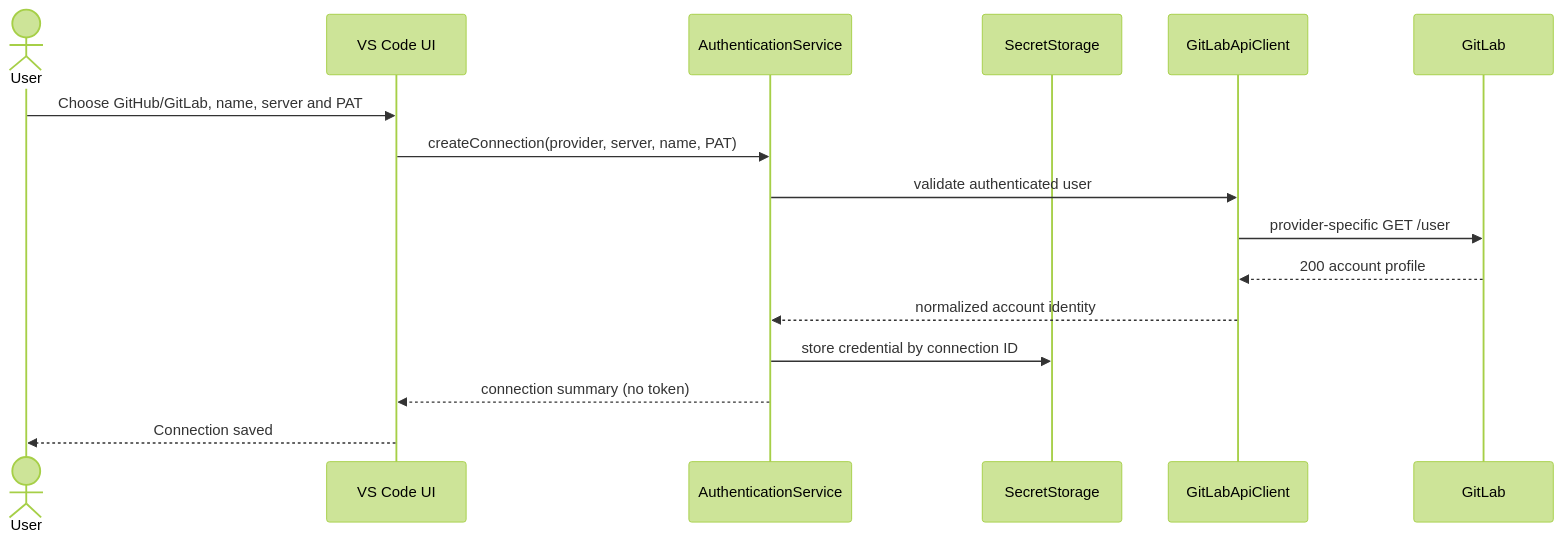
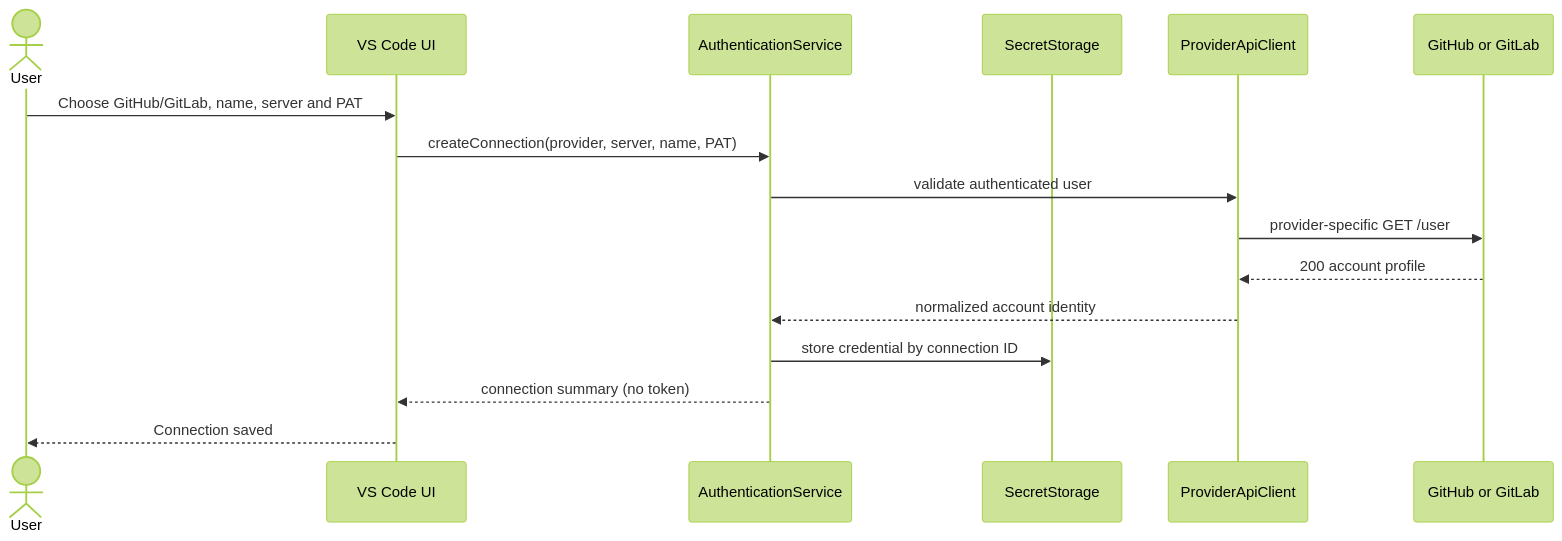
One commit to minh-lb/vscode-reviewdock changed the second of 5 diagrams in docs/SDS.md. Above: the diagram before and after it, drawn with Mermaid (forest theme). The commit also changed other lines of this file, not shown here.

Commit message:
docs: make SDS provider-neutral and preserve review semantics

```diff
--- a/docs/SDS.md
+++ b/docs/SDS.md
@@ -402,19 +482,19 @@
 ~~~mermaid
 sequenceDiagram
   actor User
   participant UI as VS Code UI
   participant Auth as AuthenticationService
   participant Secret as SecretStorage
-  participant API as GitLabApiClient
-  participant GL as GitLab
+  participant API as ProviderApiClient
+  participant Provider as GitHub or GitLab
 
   User->>UI: Choose GitHub/GitLab, name, server and PAT
   UI->>Auth: createConnection(provider, server, name, PAT)
   Auth->>API: validate authenticated user
-  API->>GL: provider-specific GET /user
-  GL-->>API: 200 account profile
+  API->>Provider: provider-specific GET /user
+  Provider-->>API: 200 account profile
   API-->>Auth: normalized account identity
   Auth->>Secret: store credential by connection ID
   Auth-->>UI: connection summary (no token)
   UI-->>User: Connection saved
 ~~~
```
